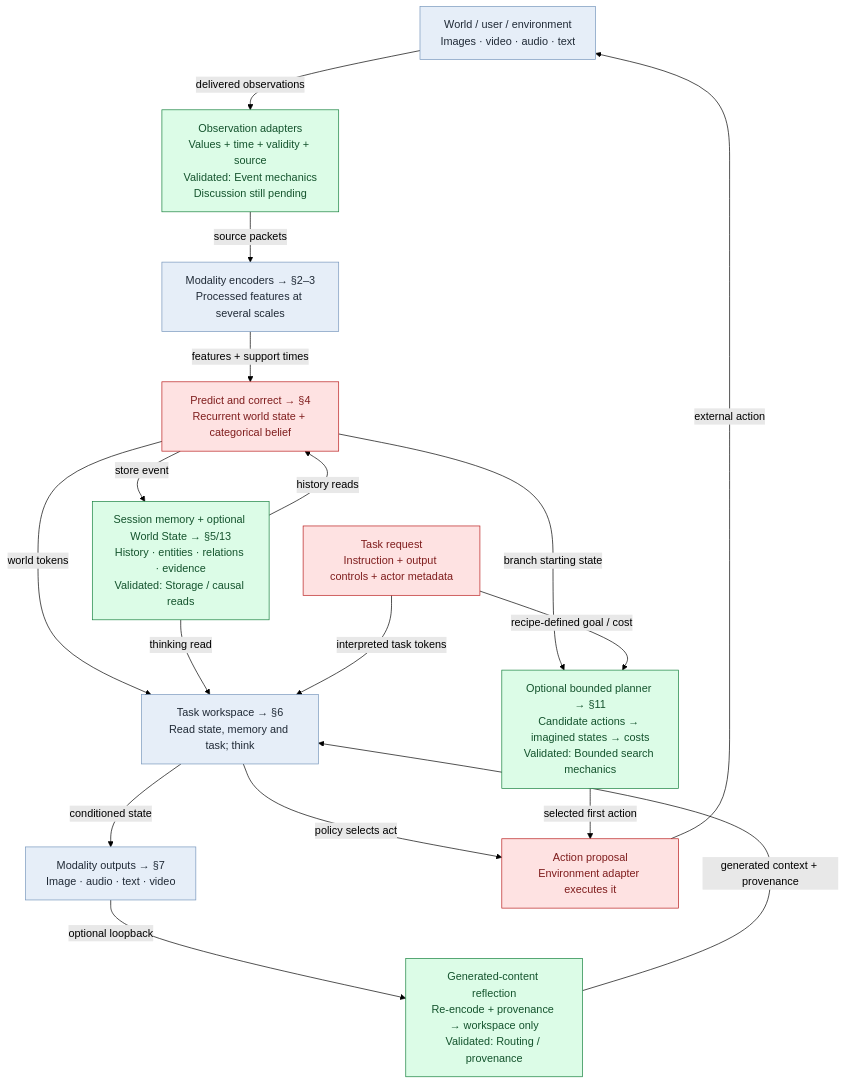
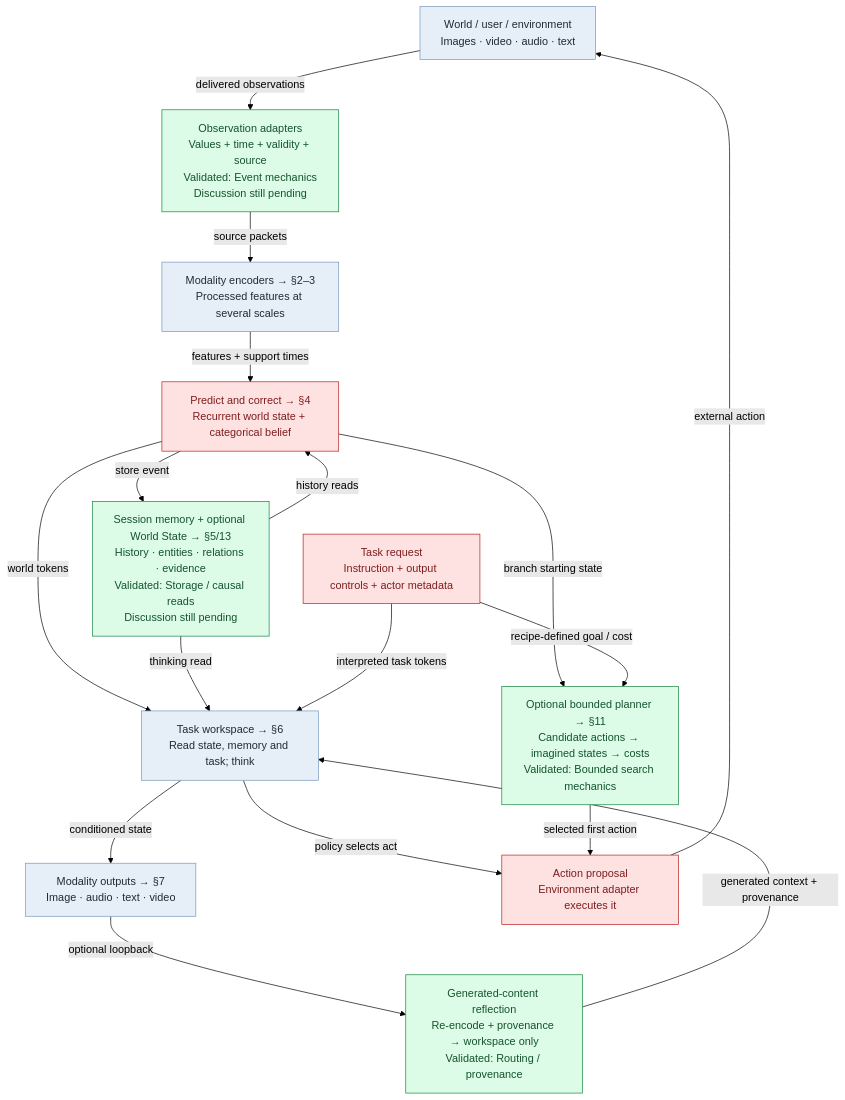
Before and after one commit to intrinsicD/path-wm: the first of 16 diagrams in docs/architecture-atlas.md, drawn with Mermaid (forest theme). The commit also changed 8 other files, not shown here.

Commit message:
Reopen memory architecture walkthrough and retain scoped evidence

````diff
--- a/docs/architecture-atlas.md
+++ b/docs/architecture-atlas.md
@@ -38,44 +38,44 @@
 ```mermaid
 flowchart TB
     world["World / user / environment<br/>Images · video · audio · text"]
     class world discussion_discussed;
     input["Observation adapters<br/>Values + time + validity + source<br/>Validated: Event mechanics<br/>Discussion still pending"]
     class input discussion_validated;
     encode["Modality encoders → §2–3<br/>Processed features at several scales"]
     class encode discussion_discussed;
     belief["Predict and correct → §4<br/>Recurrent world state + categorical belief"]
     class belief discussion_needs_discussion;
-    memory["Session memory + optional World State → §5/13<br/>History · entities · relations · evidence<br/>Validated: Storage / causal reads"]
+    memory["Session memory + optional World State → §5/13<br/>History · entities · relations · evidence<br/>Validated: Storage / causal reads<br/>Discussion still pending"]
     class memory discussion_validated;
     workspace["Task workspace → §6<br/>Read state, memory and task; think"]
     class workspace discussion_discussed;
     request["Task request<br/>Instruction + output controls + actor metadata"]
     class request discussion_needs_discussion;
     plan["Optional bounded planner → §11<br/>Candidate actions → imagined states → costs<br/>Validated: Bounded search mechanics"]
     class plan discussion_validated;
     emit["Modality outputs → §7<br/>Image · audio · text · video"]
     class emit discussion_discussed;
     act["Action proposal<br/>Environment adapter executes it"]
     class act discussion_needs_discussion;
     reflect["Generated-content reflection<br/>Re-encode + provenance → workspace only<br/>Validated: Routing / provenance"]
     class reflect discussion_validated;
     world -->|"delivered observations"| input
     input -->|"source packets"| encode
     encode -->|"features + support times"| belief
     belief -->|"store event"| memory
     memory -->|"history reads"| belief
     belief -->|"world tokens"| workspace
     memory -->|"thinking read"| workspace
     request -->|"interpreted task tokens"| workspace
     workspace -->|"conditioned state"| emit
     workspace -->|"policy selects act"| act
     belief -->|"branch starting state"| plan
     request -->|"recipe-defined goal / cost"| plan
     plan -->|"selected first action"| act
     act -->|"external action"| world
     emit -->|"optional loopback"| reflect
     reflect -->|"generated context + provenance"| workspace
     classDef discussion_discussed fill:#e6eef8,stroke:#7696bc,color:#202a36;
     classDef discussion_needs_discussion fill:#fee2e2,stroke:#b91c1c,color:#7f1d1d;
     classDef discussion_validated fill:#dcfce7,stroke:#15803d,color:#14532d;
 ```
````
